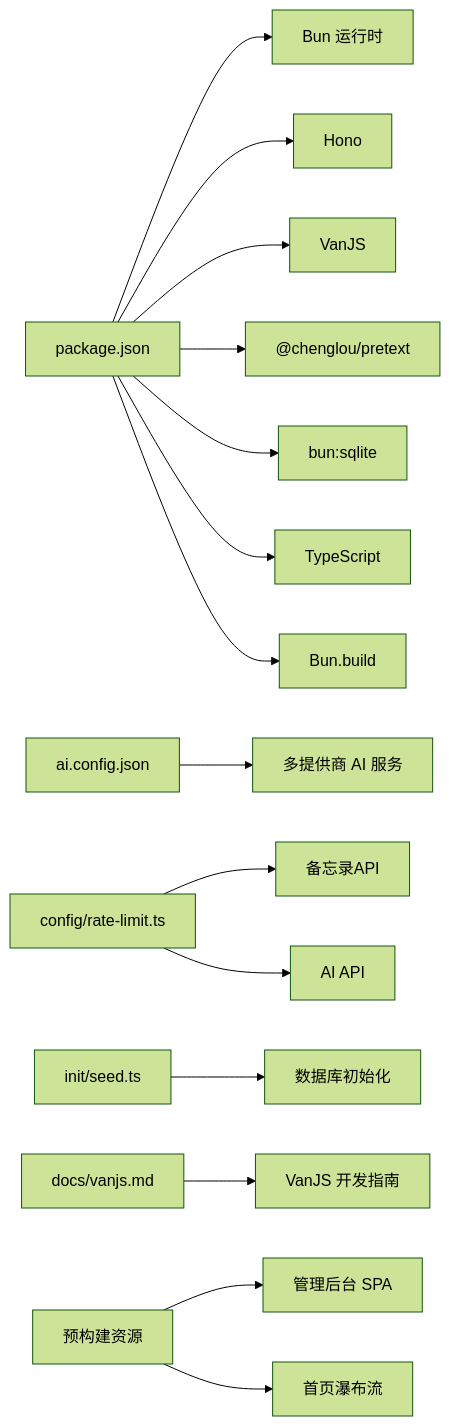
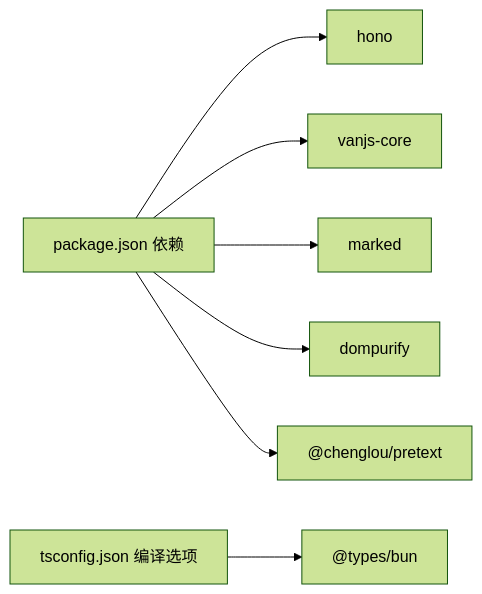
Before and after one commit to BlackBoxRecorder/memos: the seventh of 7 diagrams in .qoder/repowiki/zh/content/开发指南/开发指南.md, drawn with Mermaid (forest theme). The commit also changed other lines of this file and 83 other files, not shown here.

````diff
--- a/.qoder/repowiki/zh/content/开发指南/开发指南.md
+++ b/.qoder/repowiki/zh/content/开发指南/开发指南.md
@@ -550,17 +275,9 @@
 ```mermaid
 graph LR
-P["package.json"] --> Bun["Bun 运行时"]
-P --> Hono["Hono"]
-P --> Van["VanJS"]
-P --> Pretext["@chenglou/pretext"]
-P --> Sqlite["bun:sqlite"]
-P --> Typescript["TypeScript"]
-P --> Build["Bun.build"]
-CFG["ai.config.json"] --> Providers["多提供商 AI 服务"]
-RL["config/rate-limit.ts"] --> MemosAPI["备忘录API"]
-RL --> AIAPI["AI API"]
-SD["init/seed.ts"] --> DB["数据库初始化"]
-VANJS["docs/vanjs.md"] --> DevGuide["VanJS 开发指南"]
-BUILD["预构建资源"] --> Admin["管理后台 SPA"]
-BUILD --> Masonry["首页瀑布流"]
+Pkg["package.json 依赖"] --> Hono["hono"]
+Pkg --> Van["vanjs-core"]
+Pkg --> Marked["marked"]
+Pkg --> Purify["dompurify"]
+Pkg --> Pretext["@chenglou/pretext"]
+TS["tsconfig.json 编译选项"] --> BunTypes["@types/bun"]
 ```
````
